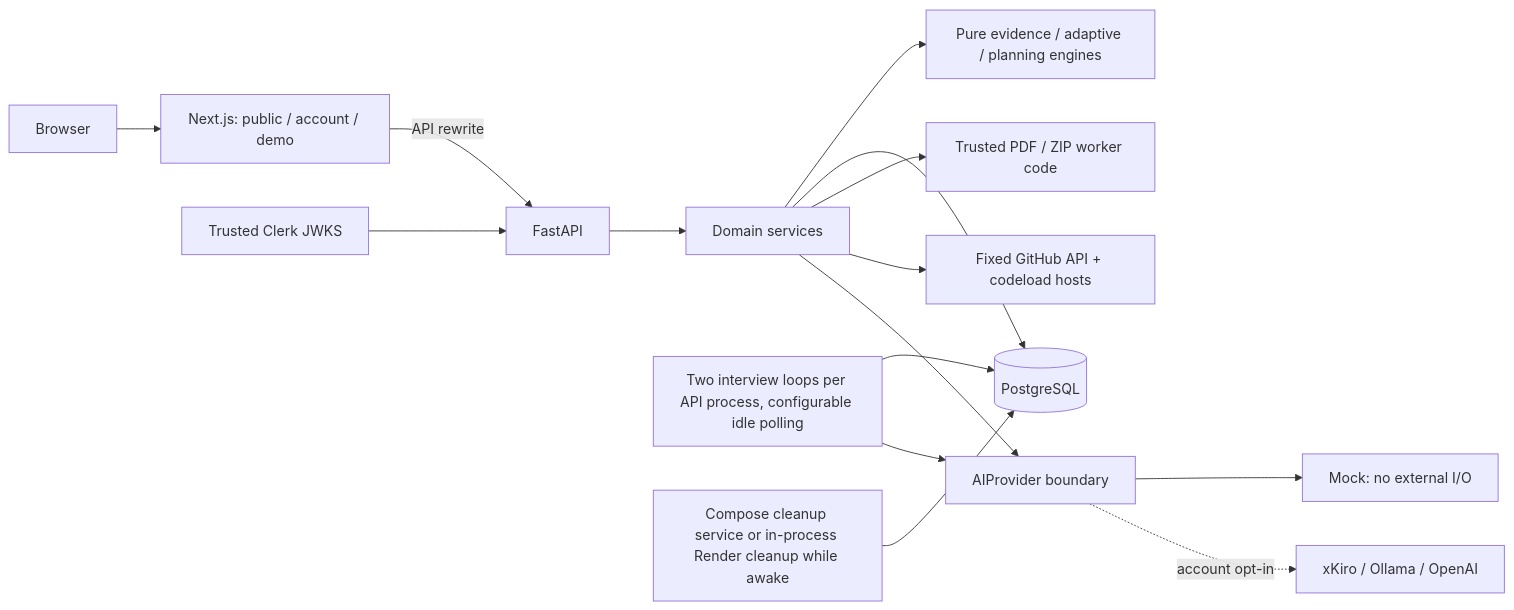
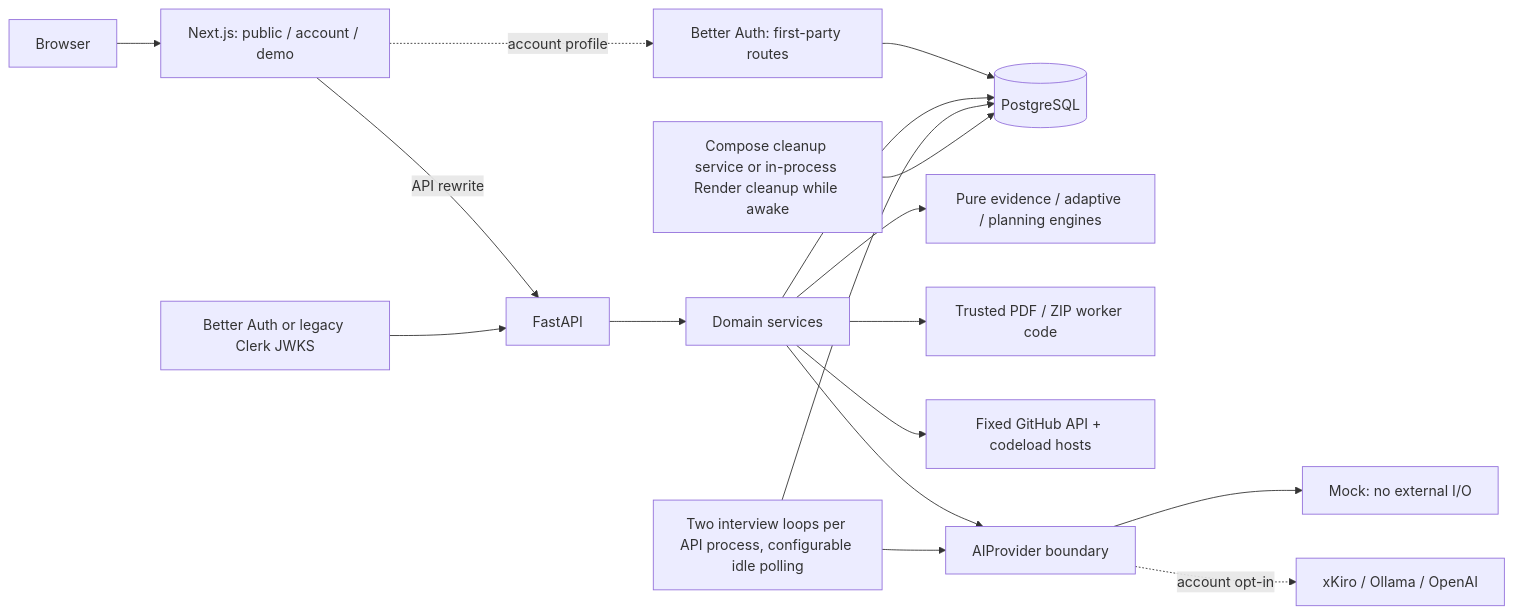
One commit to icyshimakaze/interview_prep_AI changed the first of 2 diagrams in docs/ARCHITECTURE.md. Above: the diagram before and after it, drawn with Mermaid. The commit also changed other lines of this file and 13 other files, not shown here.

````diff
--- a/docs/ARCHITECTURE.md
+++ b/docs/ARCHITECTURE.md
@@ -15,17 +25,19 @@
 ```mermaid
 flowchart LR
     B[Browser] --> N[Next.js: public / account / demo]
     N -->|API rewrite| F[FastAPI]
-    J[Trusted Clerk JWKS] --> F
+    J[Better Auth or legacy Clerk JWKS] --> F
+    N -. account profile .-> BA[Better Auth: first-party routes]
+    BA --> P
     F --> S[Domain services]
     S --> E[Pure evidence / adaptive / planning engines]
     S --> P[(PostgreSQL)]
     S --> R[Trusted PDF / ZIP worker code]
     S --> G[Fixed GitHub API + codeload hosts]
     S --> A[AIProvider boundary]
     W[Two interview loops per API process, configurable idle polling] --> P
     W --> A
     A --> M[Mock: no external I/O]
     A -. account opt-in .-> O[xKiro / Ollama / OpenAI]
     C[Compose cleanup service or in-process Render cleanup while awake] --> P
 ```
````
